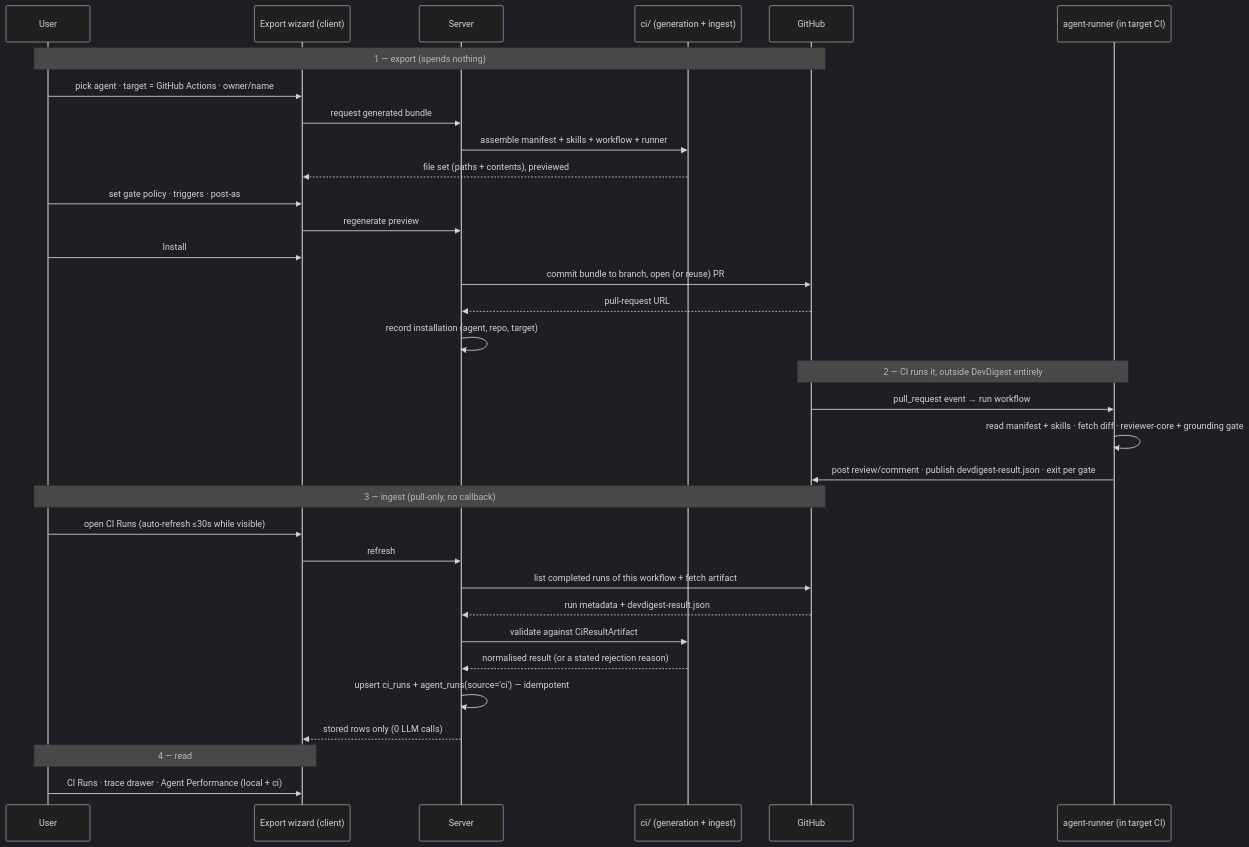
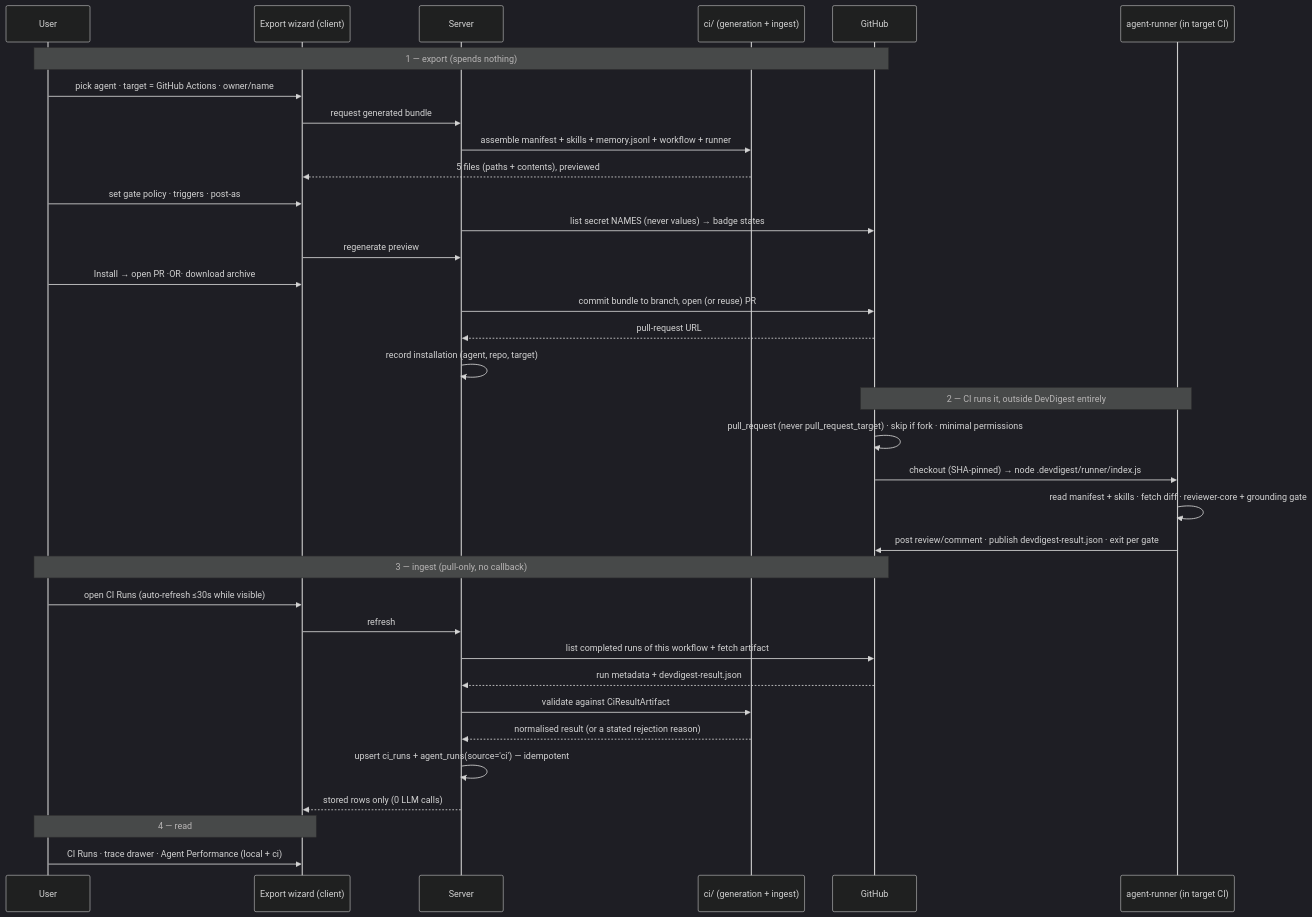
The diagram in specs/14-export-to-ci.md (ai-agentic-engineering-neo/dev-digest), drawn with Mermaid (dark theme) before and after one commit. The commit also changed other lines of this file, not shown here.

First line of the commit message:
spec(export-to-ci): ground Install/Configure/security in real agent-runner code

````diff
--- a/specs/14-export-to-ci.md
+++ b/specs/14-export-to-ci.md
@@ -790,39 +1070,41 @@
 ```mermaid
 sequenceDiagram
     participant U as User
     participant W as Export wizard (client)
     participant API as Server
     participant CI as ci/ (generation + ingest)
     participant GH as GitHub
     participant R as agent-runner (in target CI)
 
     Note over U,GH: 1 — export (spends nothing)
     U->>W: pick agent · target = GitHub Actions · owner/name
     W->>API: request generated bundle
-    API->>CI: assemble manifest + skills + workflow + runner
-    CI-->>W: file set (paths + contents), previewed
+    API->>CI: assemble manifest + skills + memory.jsonl + workflow + runner
+    CI-->>W: 5 files (paths + contents), previewed
     U->>W: set gate policy · triggers · post-as
+    API->>GH: list secret NAMES (never values) → badge states
     W->>API: regenerate preview
-    U->>W: Install
+    U->>W: Install → open PR  ·OR·  download archive
     API->>GH: commit bundle to branch, open (or reuse) PR
     GH-->>API: pull-request URL
     API->>API: record installation (agent, repo, target)
 
     Note over GH,R: 2 — CI runs it, outside DevDigest entirely
-    GH->>R: pull_request event → run workflow
+    GH->>GH: pull_request (never pull_request_target) · skip if fork · minimal permissions
+    GH->>R: checkout (SHA-pinned) → node .devdigest/runner/index.js
     R->>R: read manifest + skills · fetch diff · reviewer-core + grounding gate
     R->>GH: post review/comment · publish devdigest-result.json · exit per gate
 
     Note over U,GH: 3 — ingest (pull-only, no callback)
     U->>W: open CI Runs (auto-refresh ≤30s while visible)
     W->>API: refresh
     API->>GH: list completed runs of this workflow + fetch artifact
     GH-->>API: run metadata + devdigest-result.json
     API->>CI: validate against CiResultArtifact
     CI-->>API: normalised result (or a stated rejection reason)
     API->>API: upsert ci_runs + agent_runs(source='ci') — idempotent
     API-->>W: stored rows only (0 LLM calls)
 
     Note over U,W: 4 — read
     U->>W: CI Runs · trace drawer · Agent Performance (local + ci)
 ```
````
